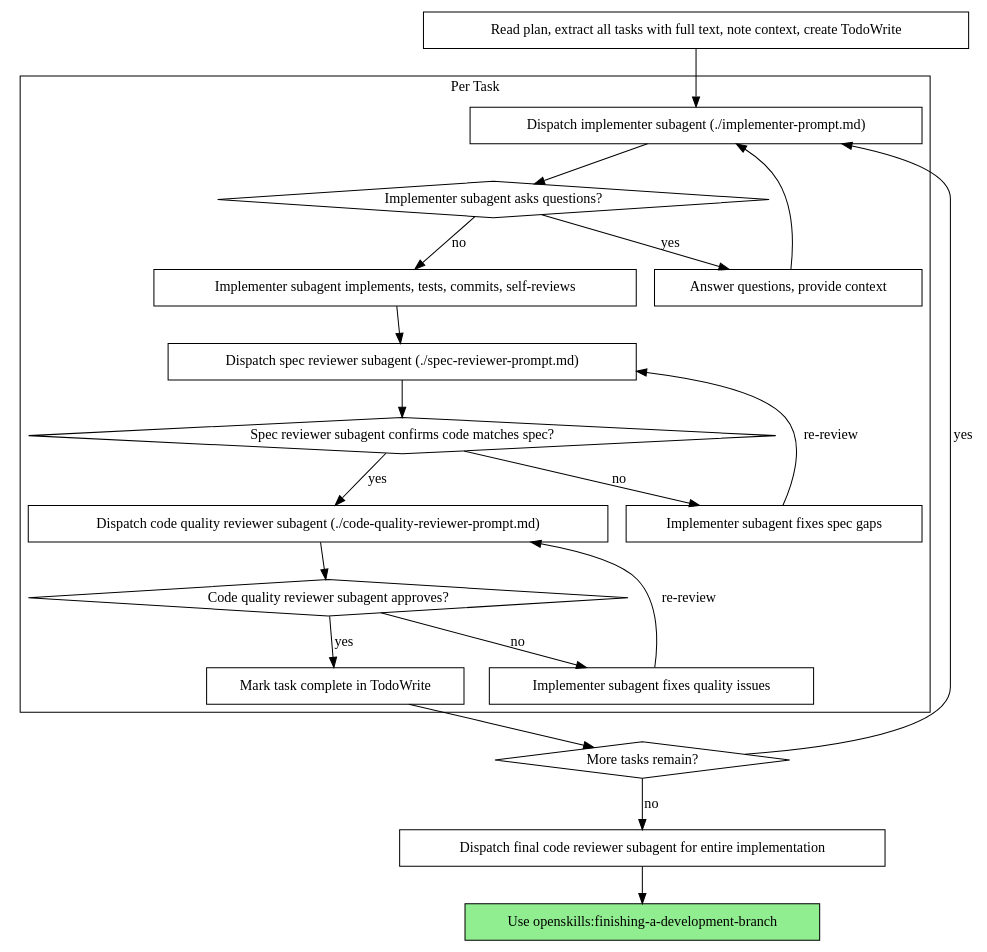
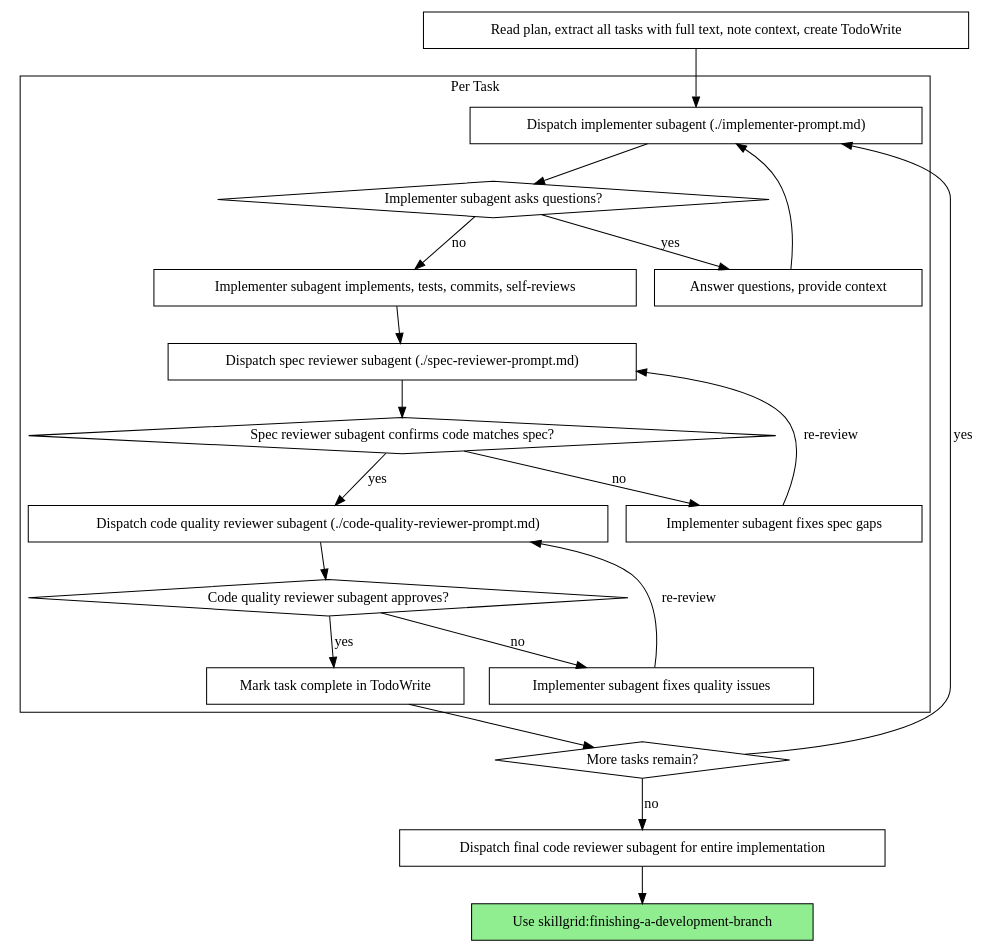
One commit to fabianmelomaciel/SkillGrid changed the second of 2 diagrams in skills/core/subagent-driven-development/SKILL.md. Above: the diagram before and after it, drawn with Graphviz. The commit also changed other lines of this file and 31 other files, not shown here.

````diff
--- a/skills/core/subagent-driven-development/SKILL.md
+++ b/skills/core/subagent-driven-development/SKILL.md
@@ -47,44 +47,44 @@
 ```dot
 digraph process {
     rankdir=TB;
 
     subgraph cluster_per_task {
         label="Per Task";
         "Dispatch implementer subagent (./implementer-prompt.md)" [shape=box];
         "Implementer subagent asks questions?" [shape=diamond];
         "Answer questions, provide context" [shape=box];
         "Implementer subagent implements, tests, commits, self-reviews" [shape=box];
         "Dispatch spec reviewer subagent (./spec-reviewer-prompt.md)" [shape=box];
         "Spec reviewer subagent confirms code matches spec?" [shape=diamond];
         "Implementer subagent fixes spec gaps" [shape=box];
         "Dispatch code quality reviewer subagent (./code-quality-reviewer-prompt.md)" [shape=box];
         "Code quality reviewer subagent approves?" [shape=diamond];
         "Implementer subagent fixes quality issues" [shape=box];
         "Mark task complete in TodoWrite" [shape=box];
     }
 
     "Read plan, extract all tasks with full text, note context, create TodoWrite" [shape=box];
     "More tasks remain?" [shape=diamond];
     "Dispatch final code reviewer subagent for entire implementation" [shape=box];
-    "Use openskills:finishing-a-development-branch" [shape=box style=filled fillcolor=lightgreen];
+    "Use skillgrid:finishing-a-development-branch" [shape=box style=filled fillcolor=lightgreen];
 
     "Read plan, extract all tasks with full text, note context, create TodoWrite" -> "Dispatch implementer subagent (./implementer-prompt.md)";
     "Dispatch implementer subagent (./implementer-prompt.md)" -> "Implementer subagent asks questions?";
     "Implementer subagent asks questions?" -> "Answer questions, provide context" [label="yes"];
     "Answer questions, provide context" -> "Dispatch implementer subagent (./implementer-prompt.md)";
     "Implementer subagent asks questions?" -> "Implementer subagent implements, tests, commits, self-reviews" [label="no"];
     "Implementer subagent implements, tests, commits, self-reviews" -> "Dispatch spec reviewer subagent (./spec-reviewer-prompt.md)";
     "Dispatch spec reviewer subagent (./spec-reviewer-prompt.md)" -> "Spec reviewer subagent confirms code matches spec?";
     "Spec reviewer subagent confirms code matches spec?" -> "Implementer subagent fixes spec gaps" [label="no"];
     "Implementer subagent fixes spec gaps" -> "Dispatch spec reviewer subagent (./spec-reviewer-prompt.md)" [label="re-review"];
     "Spec reviewer subagent confirms code matches spec?" -> "Dispatch code quality reviewer subagent (./code-quality-reviewer-prompt.md)" [label="yes"];
     "Dispatch code quality reviewer subagent (./code-quality-reviewer-prompt.md)" -> "Code quality reviewer subagent approves?";
     "Code quality reviewer subagent approves?" -> "Implementer subagent fixes quality issues" [label="no"];
     "Implementer subagent fixes quality issues" -> "Dispatch code quality reviewer subagent (./code-quality-reviewer-prompt.md)" [label="re-review"];
     "Code quality reviewer subagent approves?" -> "Mark task complete in TodoWrite" [label="yes"];
     "Mark task complete in TodoWrite" -> "More tasks remain?";
     "More tasks remain?" -> "Dispatch implementer subagent (./implementer-prompt.md)" [label="yes"];
     "More tasks remain?" -> "Dispatch final code reviewer subagent for entire implementation" [label="no"];
-    "Dispatch final code reviewer subagent for entire implementation" -> "Use openskills:finishing-a-development-branch";
+    "Dispatch final code reviewer subagent for entire implementation" -> "Use skillgrid:finishing-a-development-branch";
 }
 ```
````
